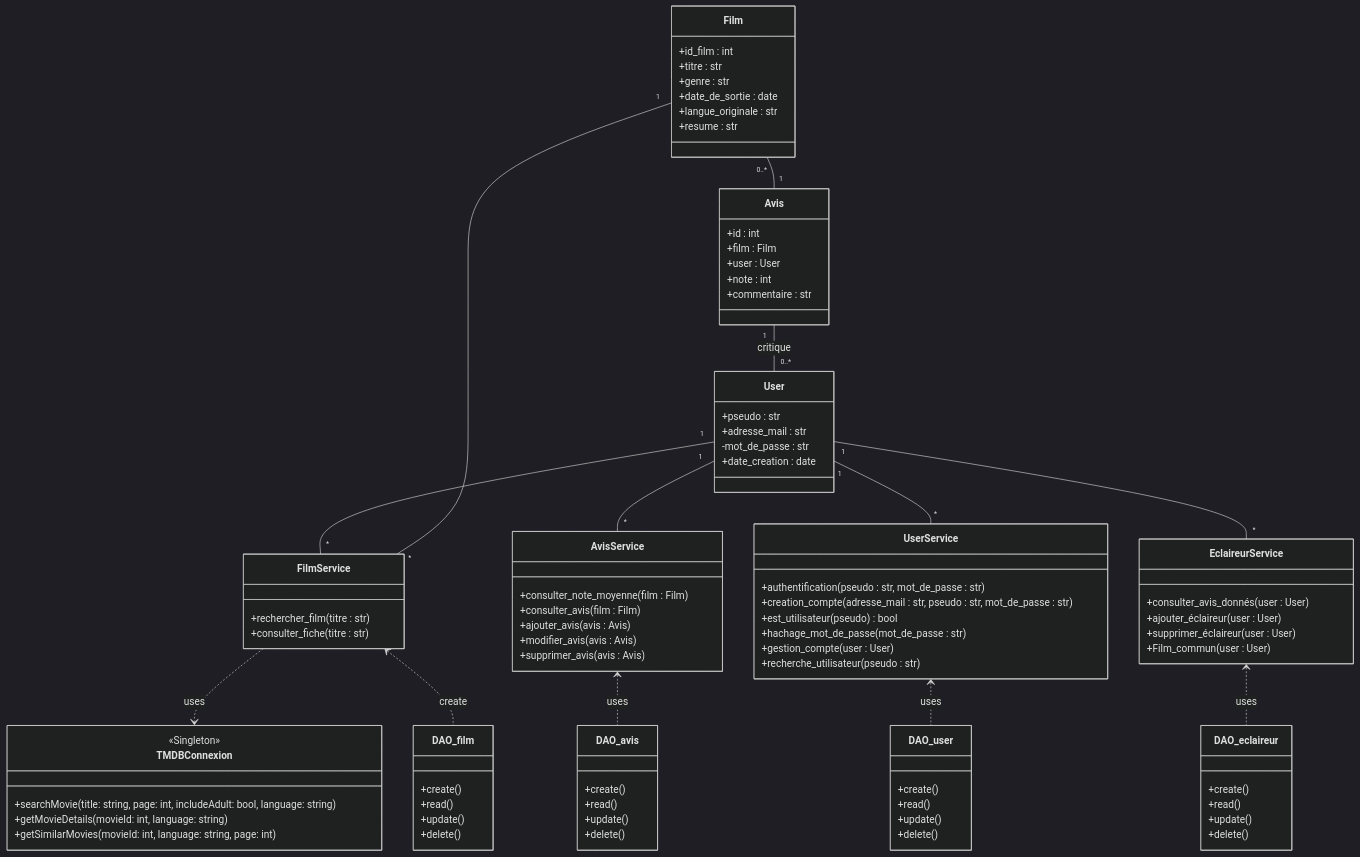
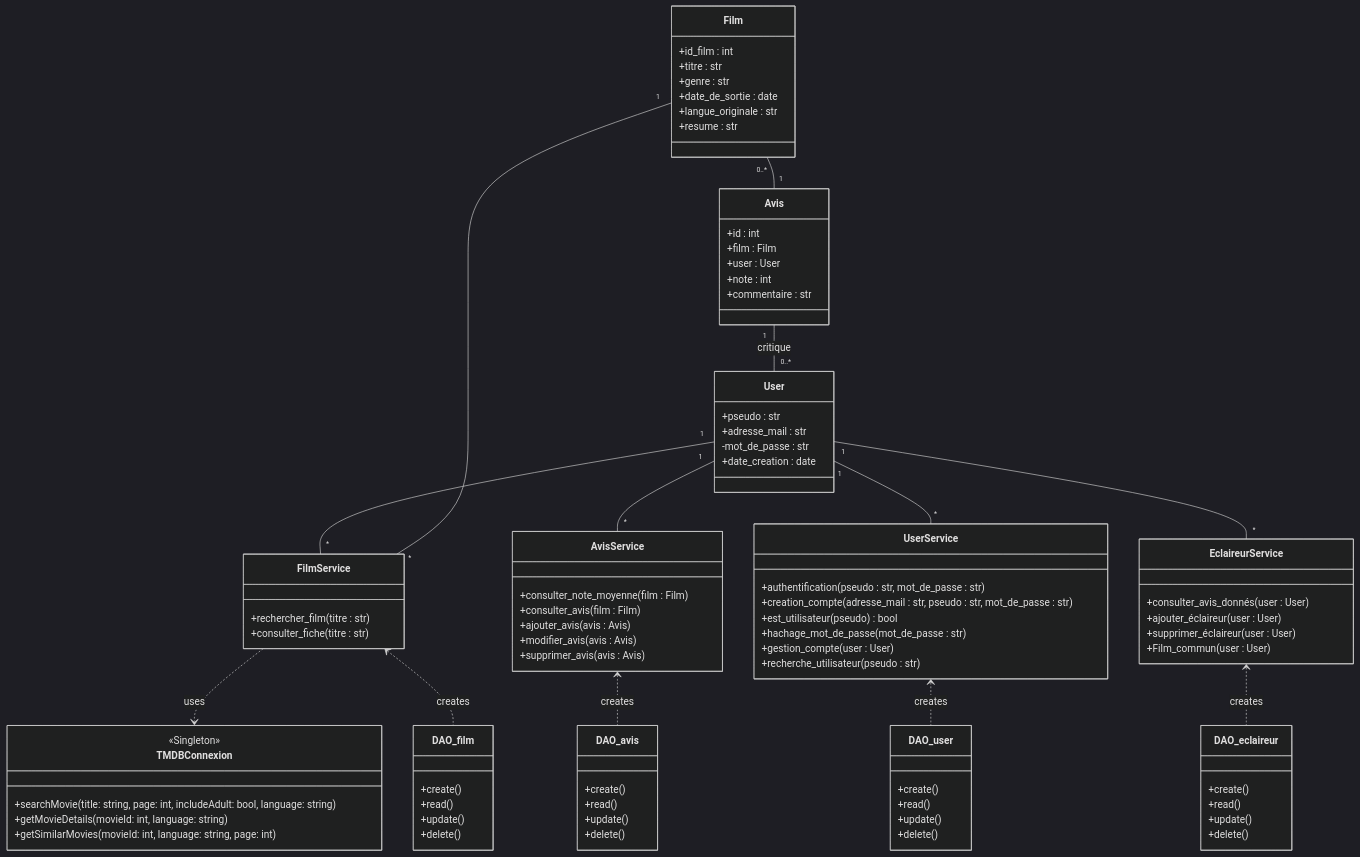
The diagram in doc/Diagramme de classe.md (id2380/Projet2A_Template), drawn with Mermaid (dark theme) before and after one commit.

````diff
--- a/doc/Diagramme de classe.md
+++ b/doc/Diagramme de classe.md
@@ -121,8 +121,8 @@
     FilmService ..> TMDBConnexion : uses
     
 
-    FilmService <.. DAO_film : create
-    AvisService <..  DAO_avis : uses
-    EclaireurService <..  DAO_eclaireur : uses
-    UserService <..  DAO_user : uses
+    FilmService <.. DAO_film : creates
+    AvisService <..  DAO_avis : creates
+    EclaireurService <.. DAO_eclaireur : creates
+    UserService <..  DAO_user : creates
 ```
````
